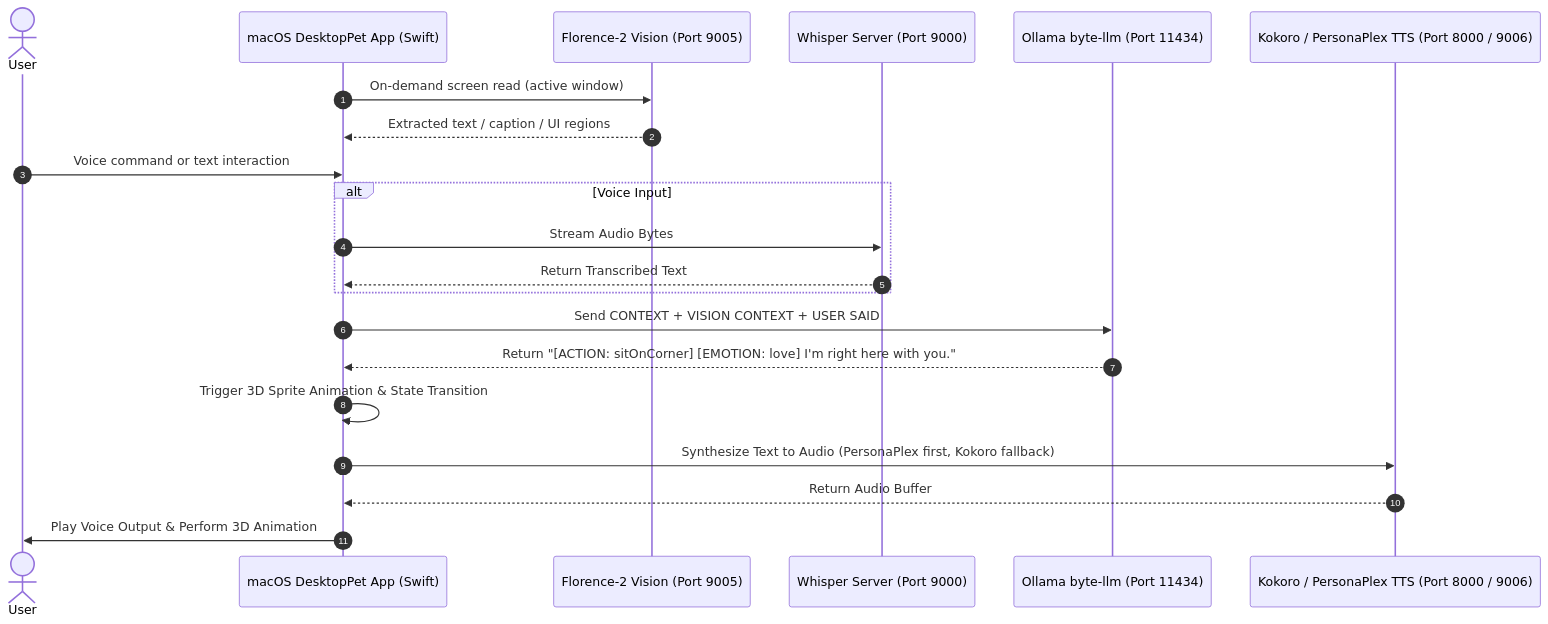
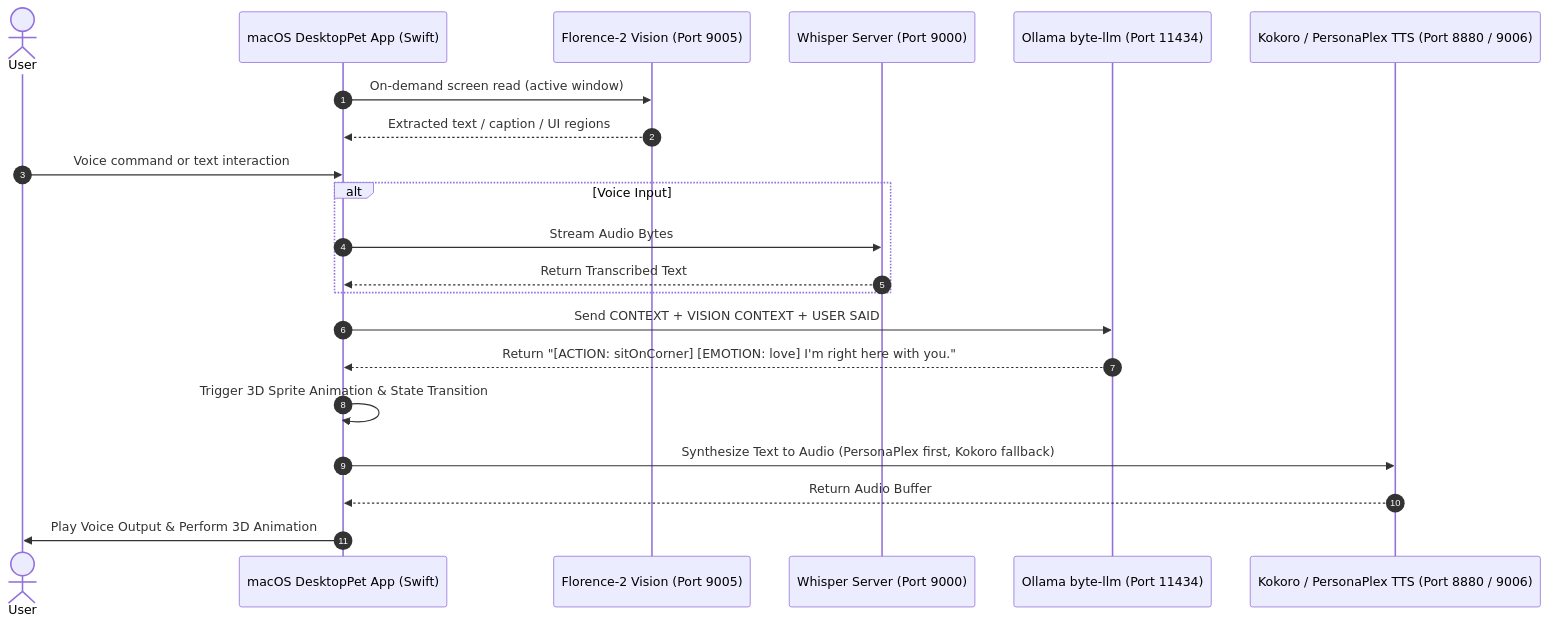
One commit to Pratikdate/Byte changed the diagram in README.md. Above: the diagram before and after it, drawn with Mermaid. The commit also changed other lines of this file and 38 other files, not shown here.

````diff
--- a/README.md
+++ b/README.md
@@ -107,24 +121,24 @@
 ```mermaid
 sequenceDiagram
     autonumber
     actor User
     participant App as macOS DesktopPet App (Swift)
     participant Vision as Florence-2 Vision (Port 9005)
     participant STT as Whisper Server (Port 9000)
     participant LLM as Ollama byte-llm (Port 11434)
-    participant TTS as Kokoro / PersonaPlex TTS (Port 8000 / 9006)
+    participant TTS as Kokoro / PersonaPlex TTS (Port 8880 / 9006)
 
     App->>Vision: On-demand screen read (active window)
     Vision-->>App: Extracted text / caption / UI regions
     User->>App: Voice command or text interaction
     alt Voice Input
         App->>STT: Stream Audio Bytes
         STT-->>App: Return Transcribed Text
     end
     App->>LLM: Send CONTEXT + VISION CONTEXT + USER SAID
     LLM-->>App: Return "[ACTION: sitOnCorner] [EMOTION: love] I'm right here with you."
     App->>App: Trigger 3D Sprite Animation & State Transition
     App->>TTS: Synthesize Text to Audio (PersonaPlex first, Kokoro fallback)
     TTS-->>App: Return Audio Buffer
     App->>User: Play Voice Output & Perform 3D Animation
 ```
````
